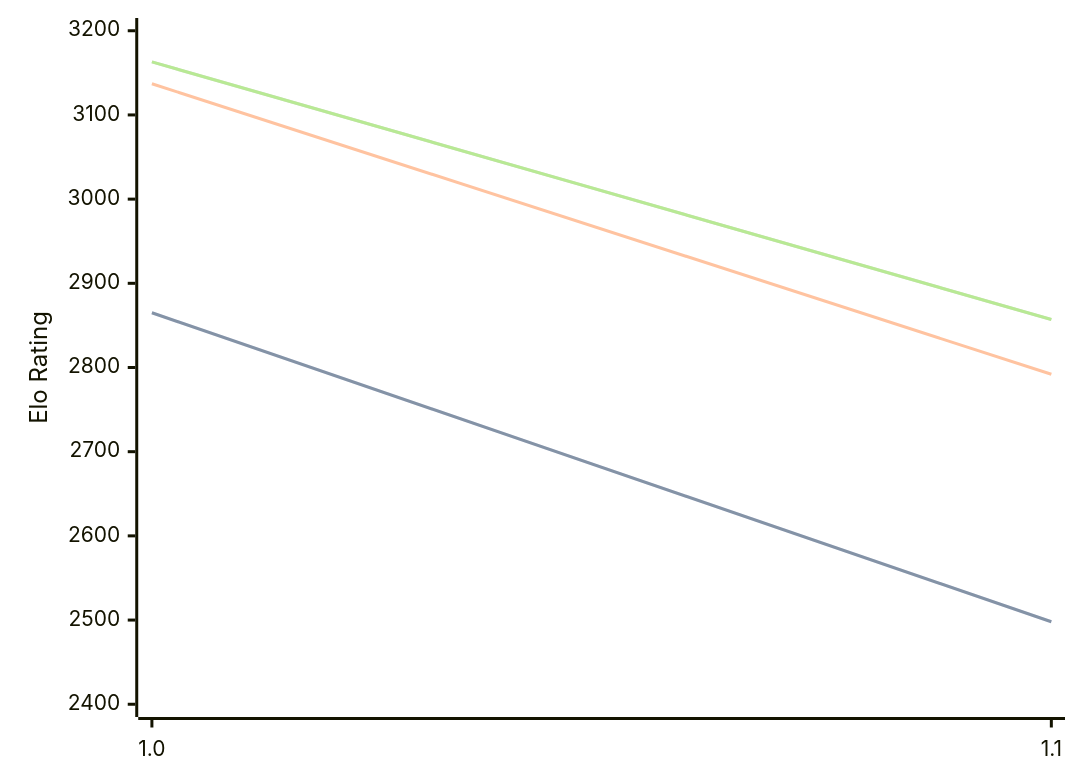
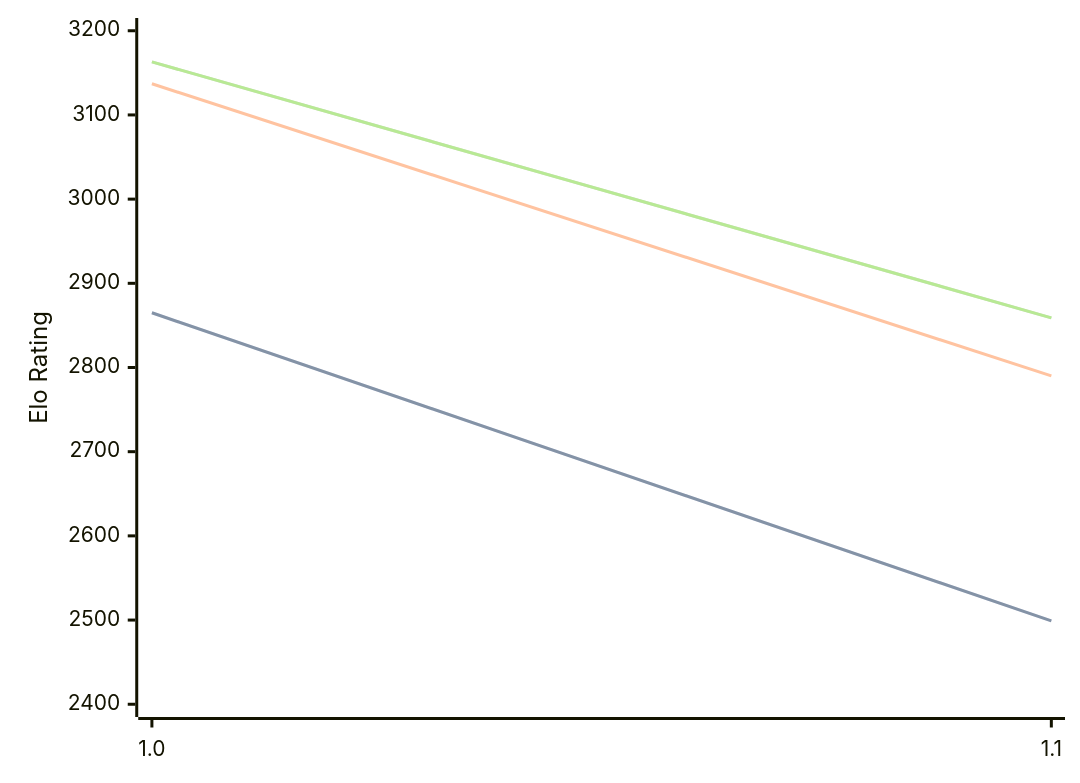
The diagram in engines/Publius.md (computer-chess-index/cci), drawn with Mermaid before and after one commit. The commit also changed other lines of this file, not shown here.

Commit message:
Update CCI Ratings (ELO VLTC) - 2026-04-12

````diff
--- a/engines/Publius.md
+++ b/engines/Publius.md
@@ -32,11 +32,11 @@
 ```mermaid
 %%{init: {"theme":"base","themeVariables":{"seriesColors:['#a3a3a3','#222221','#faa371']}}}%%
 xychart-beta
   x-axis ["1.0", "1.1"]
   y-axis "Elo Rating" 2400 --> 3200
-  line "STC (8.0+0.08s)" [2865, 2498]
-  line "STC (8.0+0.08s)" [2865, 2498]
-  line "LTC (60.0+0.60s)" [3137, 2792]
-  line "VLTC (2m24s+1.12s)" [3163, 2857]
-  line "VLTC (2m24s+1.12s)" [3163, 2857]
+  line "STC (8.0+0.08s)" [2865, 2499]
+  line "STC (8.0+0.08s)" [2865, 2499]
+  line "LTC (60.0+0.60s)" [3137, 2790]
+  line "VLTC (2m24s+1.12s)" [3163, 2859]
+  line "VLTC (2m24s+1.12s)" [3163, 2859]
 ```
````
